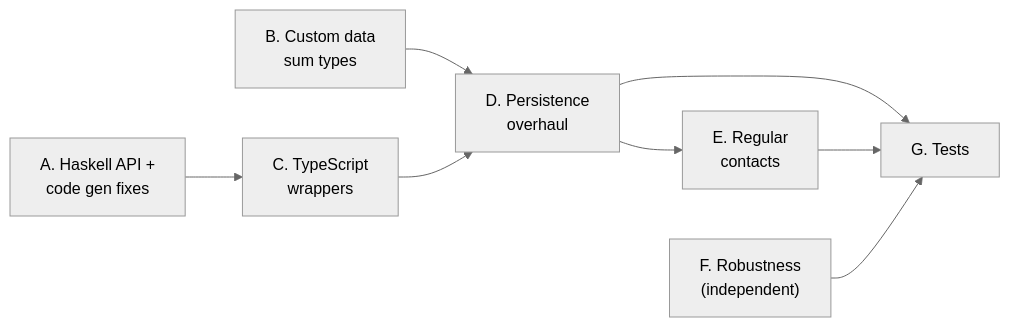
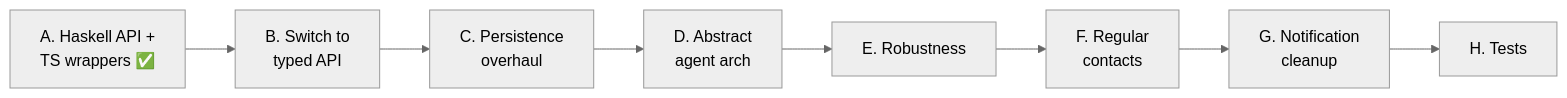
Before and after one commit to simplex-chat/simplex-chat: the third of 3 diagrams in docs/plans/support-bot.md, drawn with Mermaid (neutral theme). The commit also changed other lines of this file, not shown here.

````diff
--- a/docs/plans/support-bot.md
+++ b/docs/plans/support-bot.md
@@ -516,11 +491,10 @@
 ```mermaid
 graph LR
-    A["A. Haskell API +<br/>code gen fixes"] --> C["C. TypeScript<br/>wrappers"]
-    B["B. Custom data<br/>sum types"] --> D["D. Persistence<br/>overhaul"]
-    C --> D
-    D --> E["E. Regular<br/>contacts"]
-
-    D --> G["G. Tests"]
-    E --> G
-    F["F. Robustness<br/>(independent)"] --> G
+    A["A. Haskell API +<br/>TS wrappers ✅"] --> B["B. Switch to<br/>typed API"]
+    B --> C["C. Persistence<br/>overhaul"]
+    C --> D["D. Abstract<br/>agent arch"]
+    D --> E["E. Robustness"]
+    E --> F["F. Regular<br/>contacts"]
+    F --> G["G. Notification<br/>cleanup"]
+    G --> H["H. Tests"]
 ```
````
